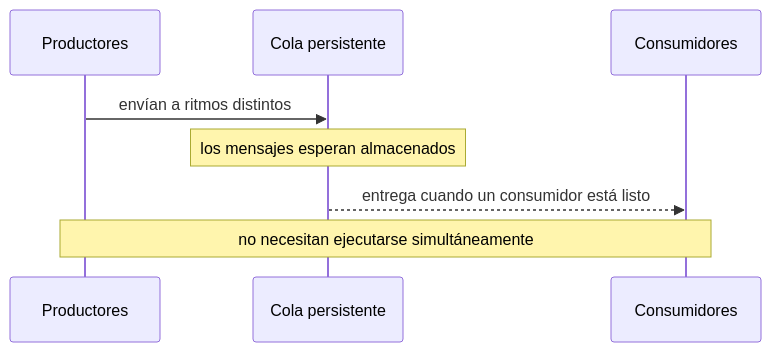
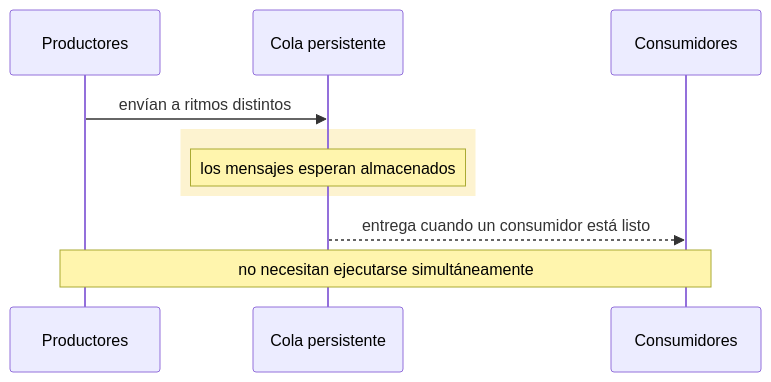
Before and after one commit to asiermarzo/ssoo: the first of 2 diagrams in TEORIA/09-ipc-colas-de-mensajes/README.md, drawn with Mermaid. The commit also changed other lines of this file and 25 other files, not shown here.

Commit message:
refinado de diagramas mermaid y svg

````diff
--- a/TEORIA/09-ipc-colas-de-mensajes/README.md
+++ b/TEORIA/09-ipc-colas-de-mensajes/README.md
@@ -40,10 +71,12 @@
 ```mermaid
 sequenceDiagram
     participant P as Productores
     participant Q as Cola persistente
     participant C as Consumidores
     P->>Q: envían a ritmos distintos
-    Note over Q: los mensajes esperan almacenados
+    rect rgb(253, 243, 208)
+        Note over Q: los mensajes esperan almacenados
+    end
     Q-->>C: entrega cuando un consumidor está listo
     Note over P,C: no necesitan ejecutarse simultáneamente
 ```
````
